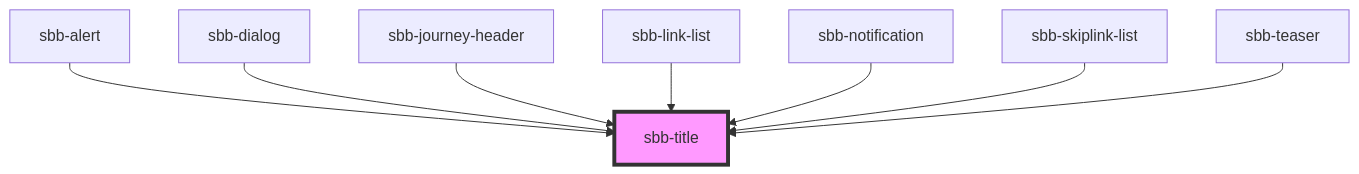
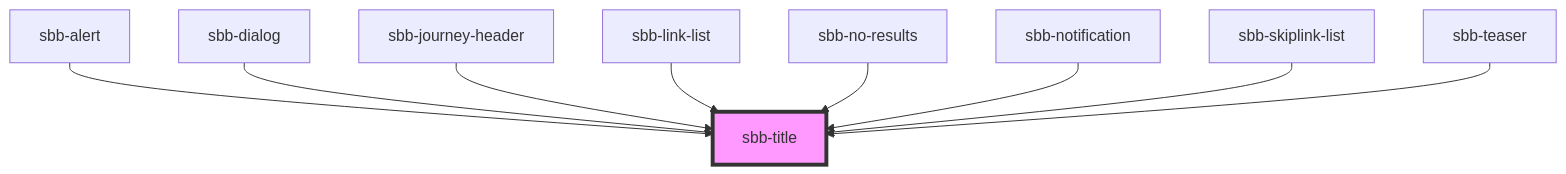
Before and after one commit to sbb-design-systems/lyne-components: the diagram in src/components/sbb-title/readme.md, drawn with Mermaid. The commit also changed other lines of this file and 8 other files, not shown here.

````diff
--- a/src/components/sbb-title/readme.md
+++ b/src/components/sbb-title/readme.md
@@ -35,11 +36,12 @@
 ```mermaid
 graph TD;
   sbb-alert --> sbb-title
   sbb-dialog --> sbb-title
   sbb-journey-header --> sbb-title
   sbb-link-list --> sbb-title
+  sbb-no-results --> sbb-title
   sbb-notification --> sbb-title
   sbb-skiplink-list --> sbb-title
   sbb-teaser --> sbb-title
   style sbb-title fill:#f9f,stroke:#333,stroke-width:4px
 ```
````
